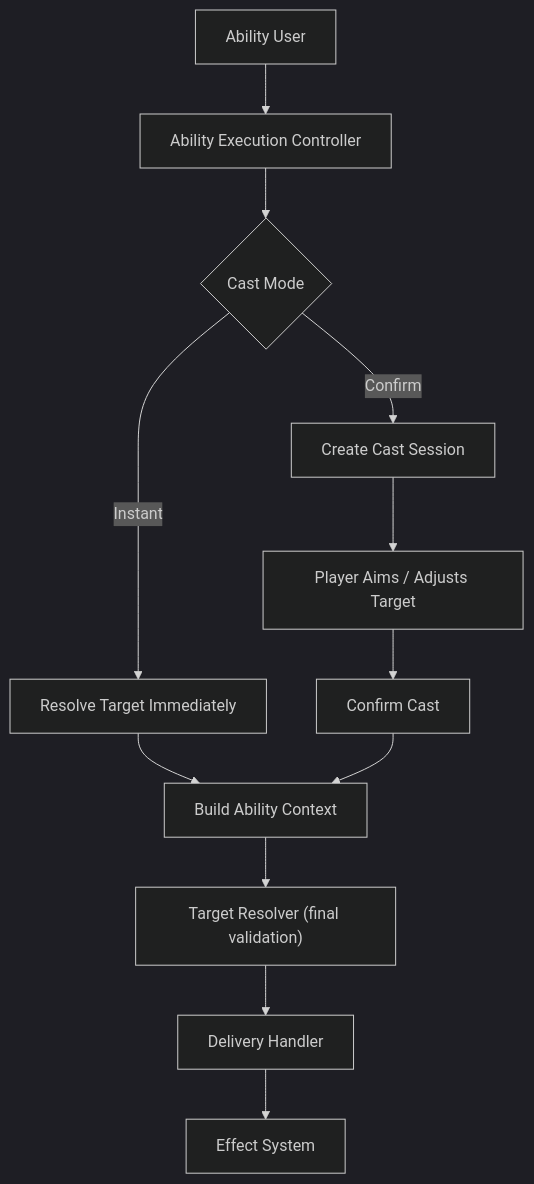
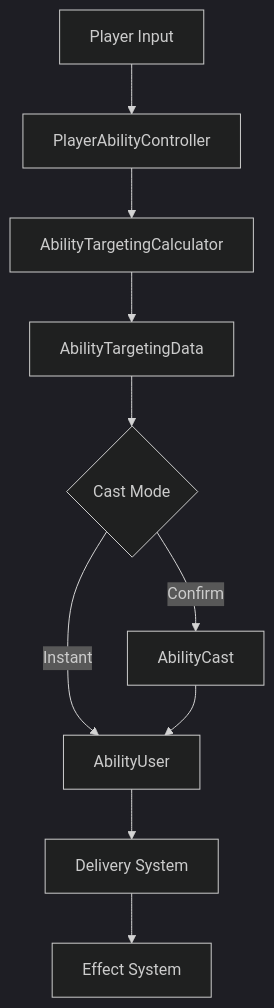
One commit to irfansamad2002/ModularCombatSystemsPrototype changed the diagram in README.md. Above: the diagram before and after it, drawn with Mermaid (dark theme). The commit also changed other lines of this file, not shown here.

````diff
--- a/README.md
+++ b/README.md
@@ -20,27 +55,31 @@
 ```mermaid
 flowchart TD
 
-    A[Ability User]
-    B[Ability Execution Controller]
+    A[Player Input]
+    B[PlayerAbilityController]
 
-    C{Cast Mode}
+    C[AbilityTargetingCalculator]
+    D[AbilityTargetingData]
+
+    E{Cast Mode}
+
+    F[AbilityCast]
+    G[AbilityUser]
+
+    H[Delivery System]
+    I[Effect System]
 
     A --> B
     B --> C
+    C --> D
 
-    %% INSTANT PATH
-    C -->|Instant| D[Resolve Target Immediately]
-    D --> E[Build Ability Context]
+    D --> E
 
-    %% CONFIRM PATH
-    C -->|Confirm| F[Create Cast Session]
-    F --> G[Player Aims / Adjusts Target]
-    G --> H[Confirm Cast]
-    H --> E[Build Ability Context]
+    E -->|Instant| G
+    E -->|Confirm| F
 
-    %% SHARED EXECUTION PIPELINE
-    E --> I["Target Resolver (final validation)"]
-    I --> J[Delivery Handler]
-    J --> K[Effect System]
+    F --> G
 
+    G --> H
+    H --> I
 ```
````
